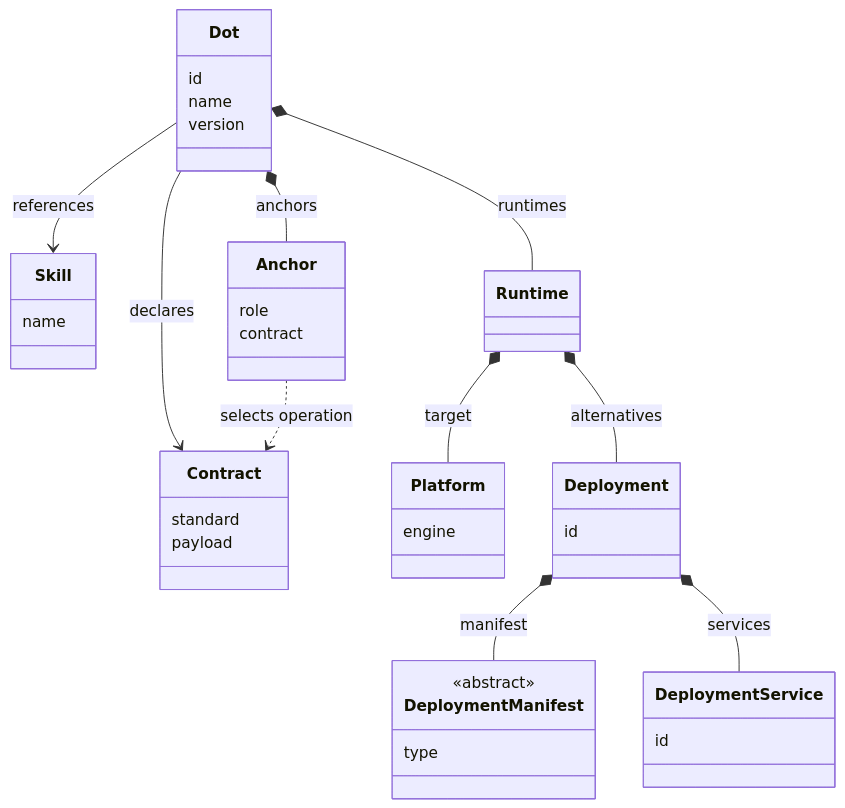
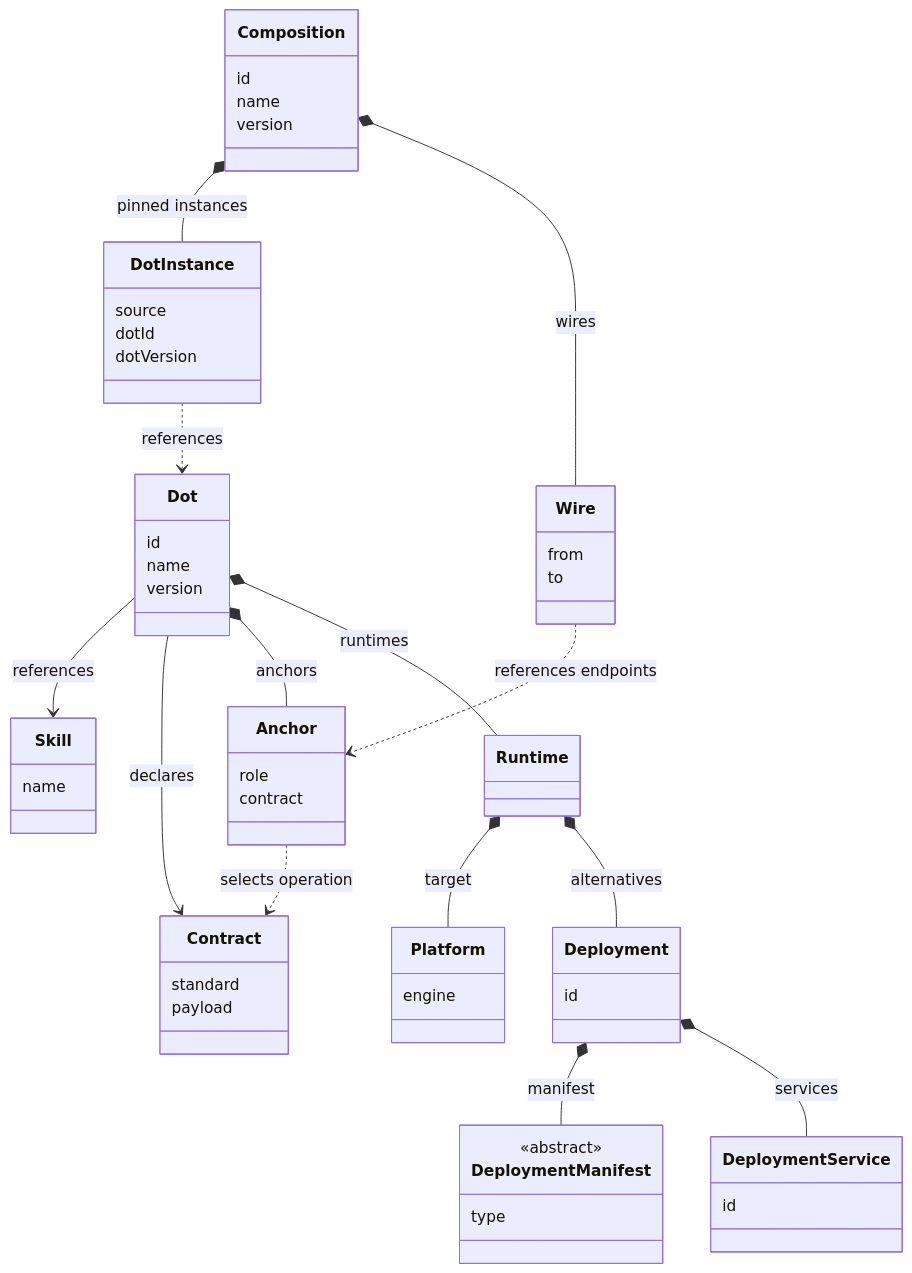
Before and after one commit to MARE-EU-Project/DOT-Docs: the diagram in DOT-Design/next/dot-design/_attachments/diagrams/dot-domain-overview.mmd, drawn with Mermaid. The commit also changed 10 other files, not shown here.

```diff
--- a/DOT-Design/next/dot-design/_attachments/diagrams/dot-domain-overview.mmd
+++ b/DOT-Design/next/dot-design/_attachments/diagrams/dot-domain-overview.mmd
@@ -1,45 +1,63 @@
 classDiagram
   direction TB
   accTitle: Simplified DOT domain model
-  accDescr: Dot references Skills, declares Contracts, and contains Anchors and Runtime alternatives. An Anchor selects a Contract operation. Each Runtime targets a Platform and contains Deployments. A Deployment contains one manifest and its logical services. Composition instances and wires live outside this Java aggregate.
+  accDescr: Dot references Skills, declares Contracts, and contains Anchors and Runtime alternatives. An Anchor selects a Contract operation. Each Runtime targets a Platform and contains Deployments. A Deployment contains one manifest and its logical services. A separate Composition aggregate owns pinned DOT instances and wires referencing Anchors, never embedded DOT definitions.
 
   class Dot {
     id
     name
     version
   }
   class Skill {
     name
   }
   class Contract {
     standard
     payload
   }
   class Anchor {
     role
     contract
   }
   class Runtime
   class Platform {
     engine
   }
   class Deployment {
     id
   }
   class DeploymentManifest {
     <<abstract>>
     type
   }
   class DeploymentService {
     id
   }
+  class Composition {
+    id
+    name
+    version
+  }
+  class DotInstance {
+    source
+    dotId
+    dotVersion
+  }
+  class Wire {
+    from
+    to
+  }
 
+  Composition *-- DotInstance : pinned instances
+  Composition *-- Wire : wires
+  DotInstance ..> Dot : references
+  Wire ..> Anchor : references endpoints
   Dot --> Skill : references
   Dot --> Contract : declares
   Dot *-- Anchor : anchors
   Dot *-- Runtime : runtimes
   Anchor ..> Contract : selects operation
   Runtime *-- Platform : target
   Runtime *-- Deployment : alternatives
   Deployment *-- DeploymentManifest : manifest
   Deployment *-- DeploymentService : services
```
